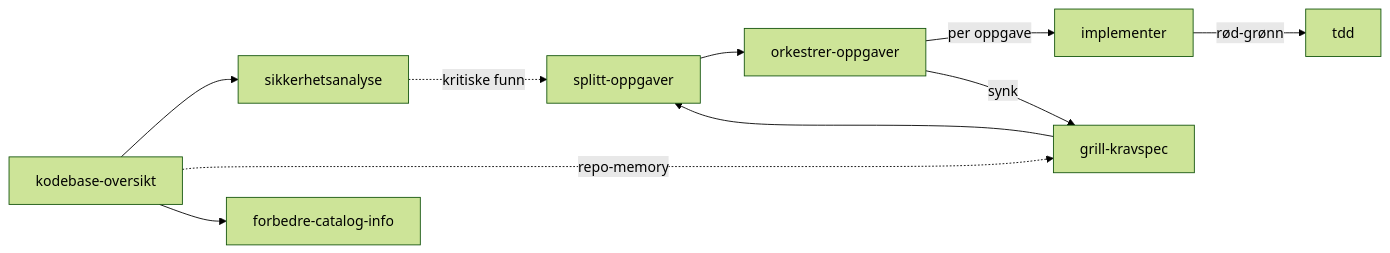
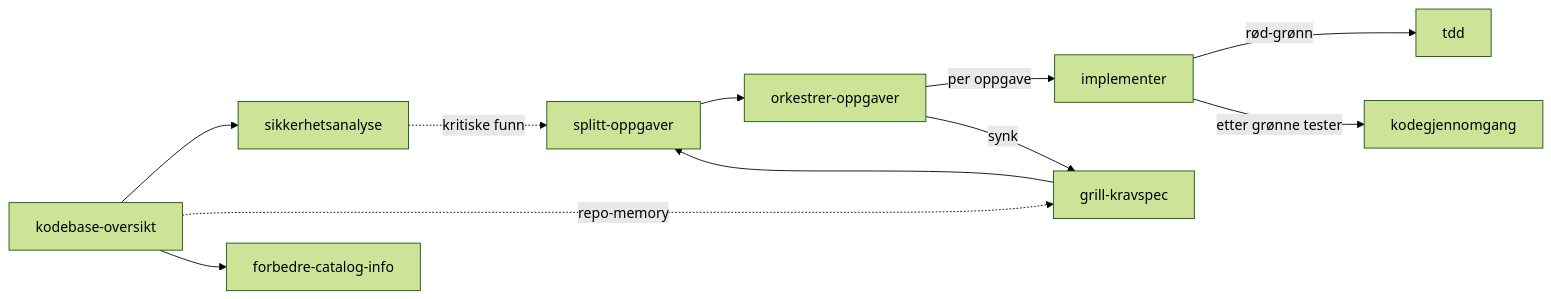
One commit to erikediner/skills changed the diagram in README.md. Above: the diagram before and after it, drawn with Mermaid (forest theme). The commit also changed other lines of this file and 14 other files, not shown here.

````diff
--- a/README.md
+++ b/README.md
@@ -46,12 +59,13 @@
 ```mermaid
 flowchart LR
     KO[kodebase-oversikt] --> SA[sikkerhetsanalyse]
     KO -.->|repo-memory| GK
     SA -.->|kritiske funn| SP
     KO --> FCI[forbedre-catalog-info]
     GK[grill-kravspec] --> SP[splitt-oppgaver]
     SP --> OO[orkestrer-oppgaver]
     OO -->|per oppgave| IMP[implementer]
     IMP -->|rød-grønn| TDD[tdd]
+    IMP -->|etter grønne tester| KG[kodegjennomgang]
     OO -->|synk| GK
 ```
````
